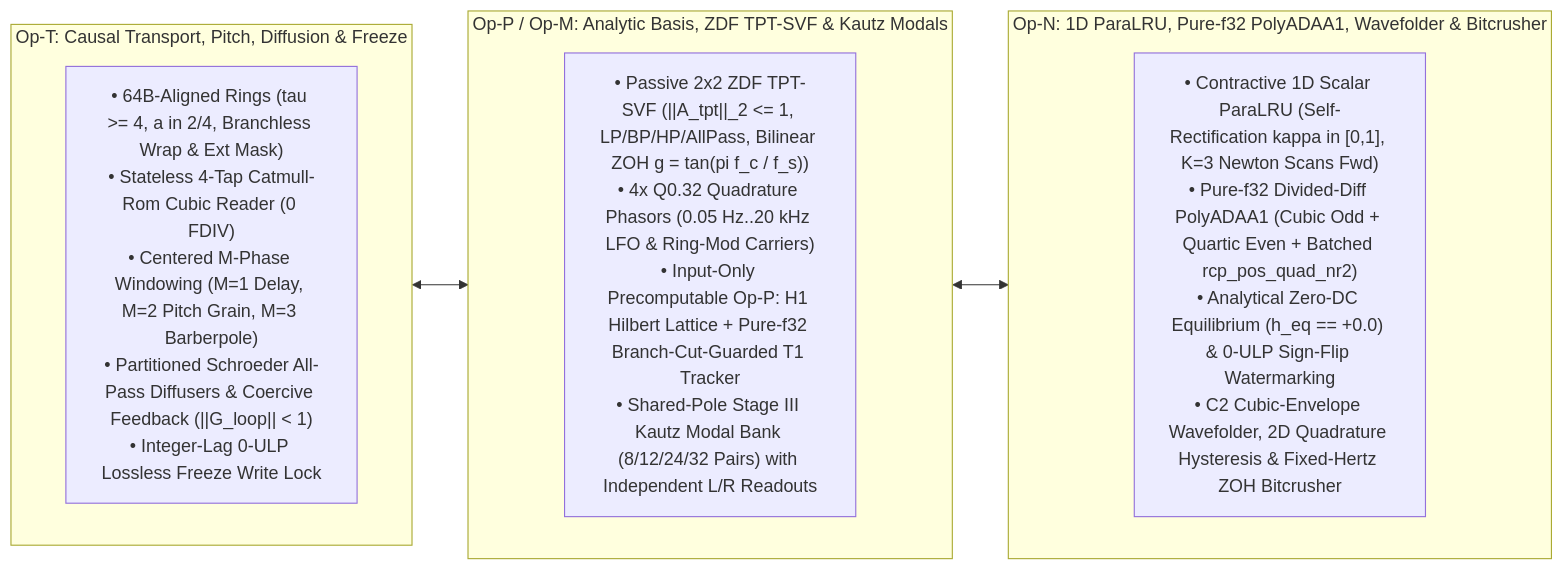
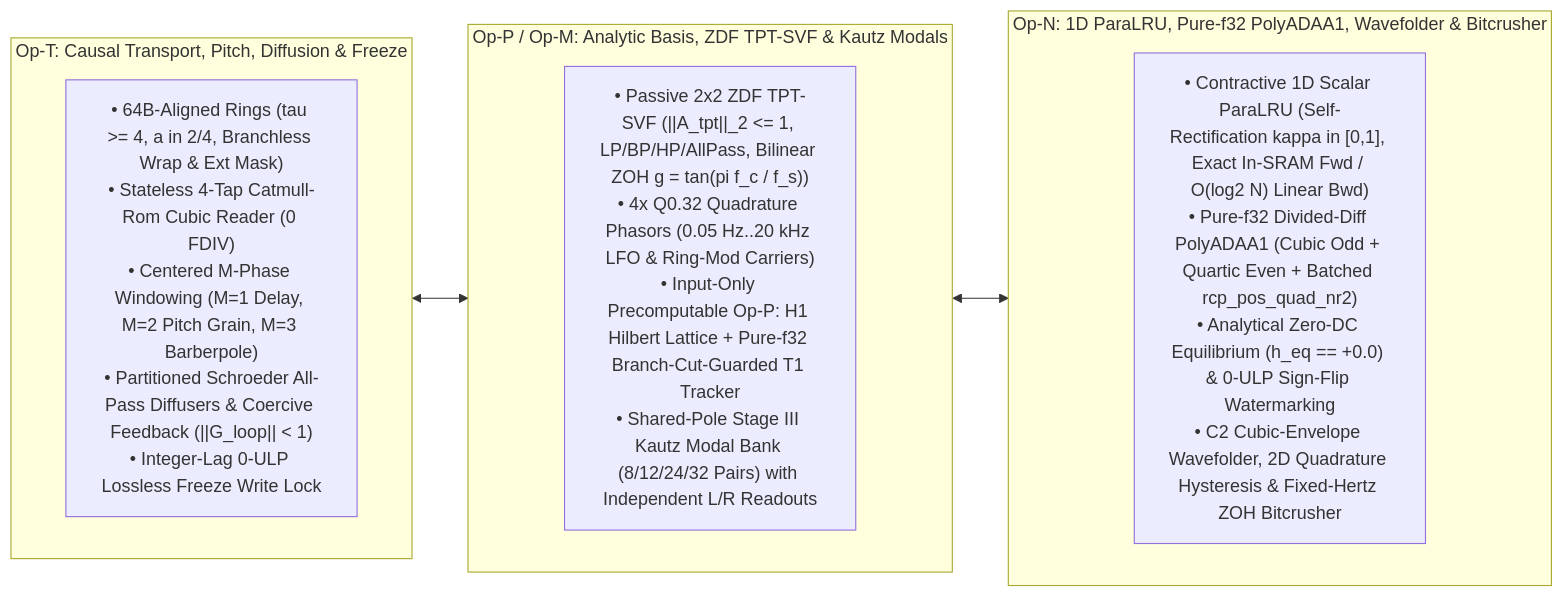
The third of 7 diagrams in docs/specs/architecture/sona_architecture.md (mokugen/dnam), drawn with Mermaid before and after one commit. The commit also changed other lines of this file and 5 other files, not shown here.

Commit message:
docs(specs): pivot ParaLRU GPU forward to exact in-SRAM recurrence and cross-tile linear adjoint

````diff
--- a/docs/specs/architecture/sona_architecture.md
+++ b/docs/specs/architecture/sona_architecture.md
@@ -176,20 +176,20 @@
 ```mermaid
 flowchart LR
     subgraph OpT ["Op-T: Causal Transport, Pitch, Diffusion & Freeze"]
         direction TB
         T1["• 64B-Aligned Rings (tau >= 4, a in 2/4, Branchless Wrap & Ext Mask)<br/>• Stateless 4-Tap Catmull-Rom Cubic Reader (0 FDIV)<br/>• Centered M-Phase Windowing (M=1 Delay, M=2 Pitch Grain, M=3 Barberpole)<br/>• Partitioned Schroeder All-Pass Diffusers & Coercive Feedback (||G_loop|| < 1)<br/>• Integer-Lag 0-ULP Lossless Freeze Write Lock"]
     end
 
     subgraph OpM ["Op-P / Op-M: Analytic Basis, ZDF TPT-SVF & Kautz Modals"]
         direction TB
         M1["• Passive 2x2 ZDF TPT-SVF (||A_tpt||_2 <= 1, LP/BP/HP/AllPass, Bilinear ZOH g = tan(pi f_c / f_s))<br/>• 4x Q0.32 Quadrature Phasors (0.05 Hz..20 kHz LFO & Ring-Mod Carriers)<br/>• Input-Only Precomputable Op-P: H1 Hilbert Lattice + Pure-f32 Branch-Cut-Guarded T1 Tracker<br/>• Shared-Pole Stage III Kautz Modal Bank (8/12/24/32 Pairs) with Independent L/R Readouts"]
     end
 
     subgraph OpN ["Op-N: 1D ParaLRU, Pure-f32 PolyADAA1, Wavefolder & Bitcrusher"]
         direction TB
-        N1["• Contractive 1D Scalar ParaLRU (Self-Rectification kappa in [0,1], K=3 Newton Scans Fwd)<br/>• Pure-f32 Divided-Diff PolyADAA1 (Cubic Odd + Quartic Even + Batched rcp_pos_quad_nr2)<br/>• Analytical Zero-DC Equilibrium (h_eq == +0.0) & 0-ULP Sign-Flip Watermarking<br/>• C2 Cubic-Envelope Wavefolder, 2D Quadrature Hysteresis & Fixed-Hertz ZOH Bitcrusher"]
+        N1["• Contractive 1D Scalar ParaLRU (Self-Rectification kappa in [0,1], Exact In-SRAM Fwd / O(log2 N) Linear Bwd)<br/>• Pure-f32 Divided-Diff PolyADAA1 (Cubic Odd + Quartic Even + Batched rcp_pos_quad_nr2)<br/>• Analytical Zero-DC Equilibrium (h_eq == +0.0) & 0-ULP Sign-Flip Watermarking<br/>• C2 Cubic-Envelope Wavefolder, 2D Quadrature Hysteresis & Fixed-Hertz ZOH Bitcrusher"]
     end
 
     T1 <--> M1
     M1 <--> N1
 ```
````
